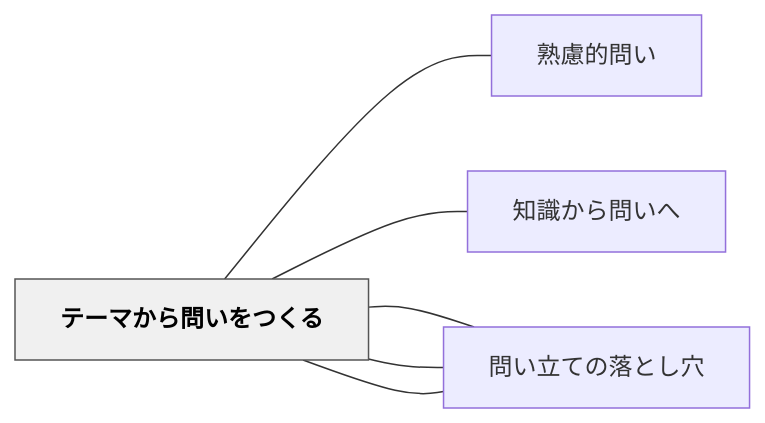
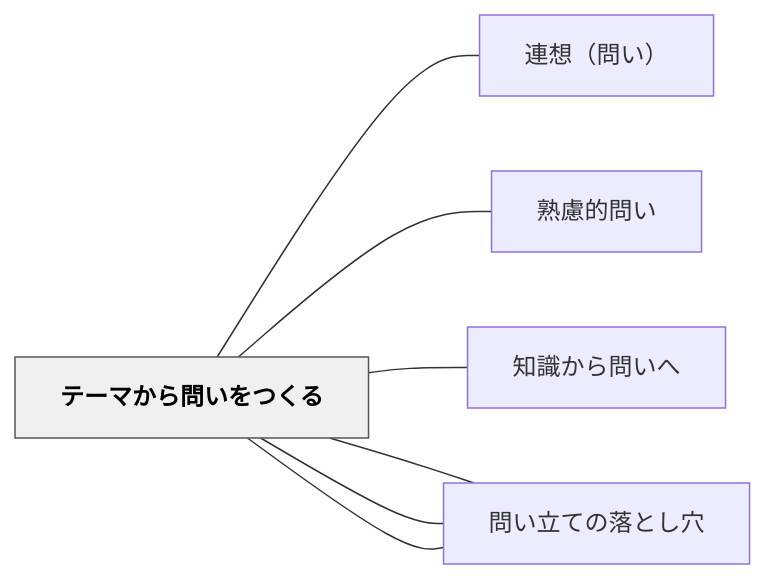
One commit to unknownthings-ed-patterns/unknownthings-ed-patterns changed the diagram in content/パタン/テーマから問いをつくる.md. Above: the diagram before and after it, drawn with Mermaid. The commit also changed other lines of this file and 473 other files, not shown here.

````diff
--- a/content/パタン/テーマから問いをつくる.md
+++ b/content/パタン/テーマから問いをつくる.md
@@ -51,18 +52,20 @@
 ```mermaid
 flowchart LR
     ne38386e383bc["テーマから問いをつくる"]
+    ne980a3e683b3["連想（問い）"]
     ne7869fe685ae["熟慮的問い"]
     ne79fa5e8ad98["知識から問いへ"]
     ne5958fe38184["問いを整理する"]
     ne5958fe38184["問いを評価する"]
     ne5958fe38184["問い立ての落とし穴"]
 
+    ne38386e383bc --- ne980a3e683b3
     ne38386e383bc --- ne7869fe685ae
     ne38386e383bc --- ne79fa5e8ad98
     ne38386e383bc --- ne5958fe38184
     ne38386e383bc --- ne5958fe38184
     ne38386e383bc --- ne5958fe38184
 
     classDef hub fill:#f0f0f0,stroke:#555,color:#000,font-weight:bold
     class ne38386e383bc hub
 ```
````
